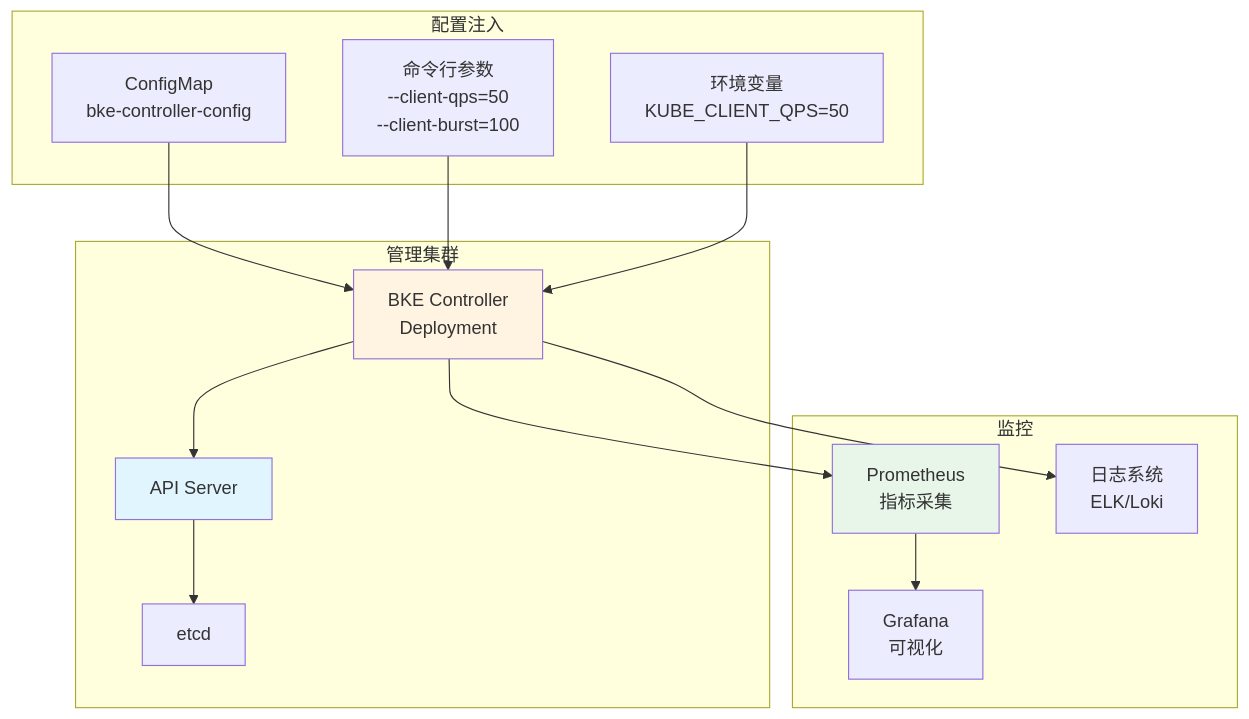
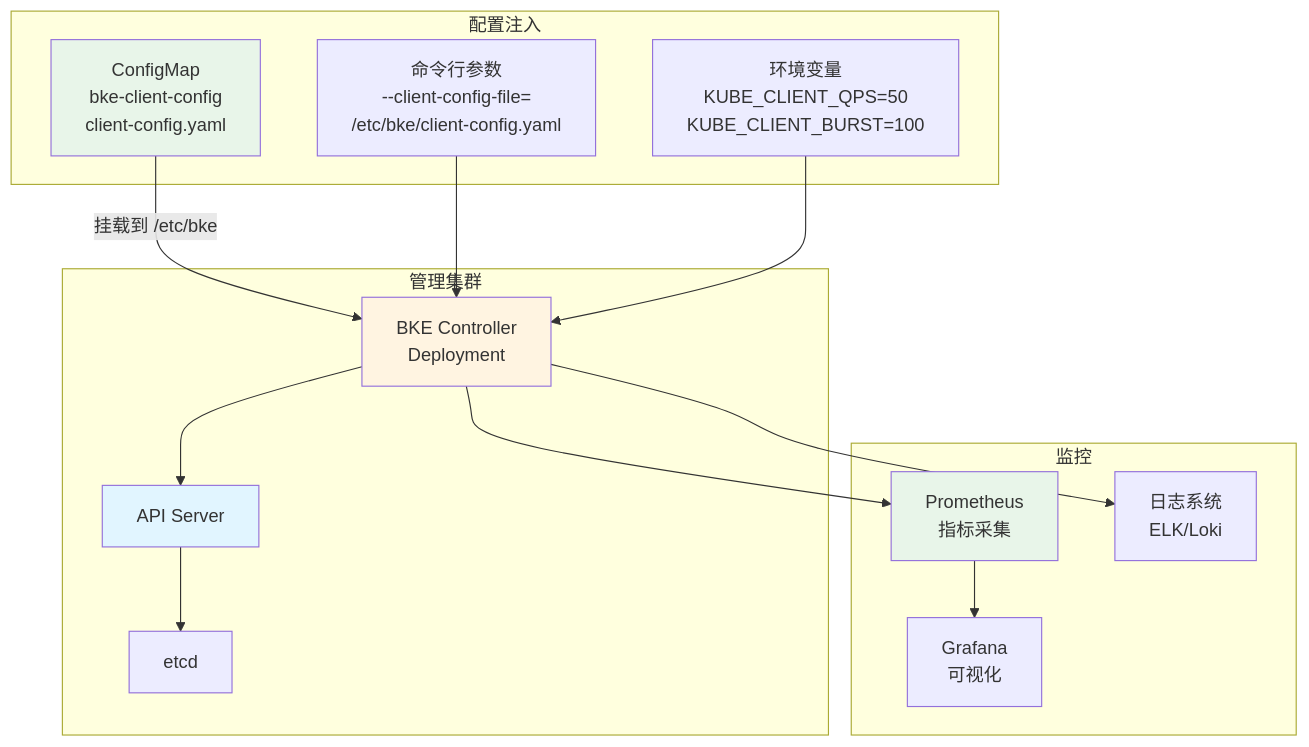
One commit to javadoors/cluster-api-provider-bke changed the fifth of 7 diagrams in code/performance/report/api-throttling-optimization.md. Above: the diagram before and after it, drawn with Mermaid. The commit also changed other lines of this file, not shown here.

````diff
--- a/code/performance/report/api-throttling-optimization.md
+++ b/code/performance/report/api-throttling-optimization.md
@@ -1021,34 +1130,35 @@
 ```mermaid
 graph TB
     subgraph "管理集群"
         A[BKE Controller<br/>Deployment]
         B[API Server]
         C[etcd]
     end
     
     subgraph "配置注入"
-        D[ConfigMap<br/>bke-controller-config]
-        E[命令行参数<br/>--client-qps=50<br/>--client-burst=100]
-        F[环境变量<br/>KUBE_CLIENT_QPS=50]
+        D[ConfigMap<br/>bke-client-config<br/>client-config.yaml]
+        E[命令行参数<br/>--client-config-file=<br/>/etc/bke/client-config.yaml]
+        F[环境变量<br/>KUBE_CLIENT_QPS=50<br/>KUBE_CLIENT_BURST=100]
     end
     
     subgraph "监控"
         G[Prometheus<br/>指标采集]
         H[Grafana<br/>可视化]
         I[日志系统<br/>ELK/Loki]
     end
     
-    D --> A
+    D -->|挂载到 /etc/bke| A
     E --> A
     F --> A
     A --> B
     B --> C
     
     A --> G
     G --> H
     A --> I
     
     style A fill:#fff4e1
     style B fill:#e1f5ff
     style G fill:#e8f5e9
+    style D fill:#e8f5e9
 ```
````
